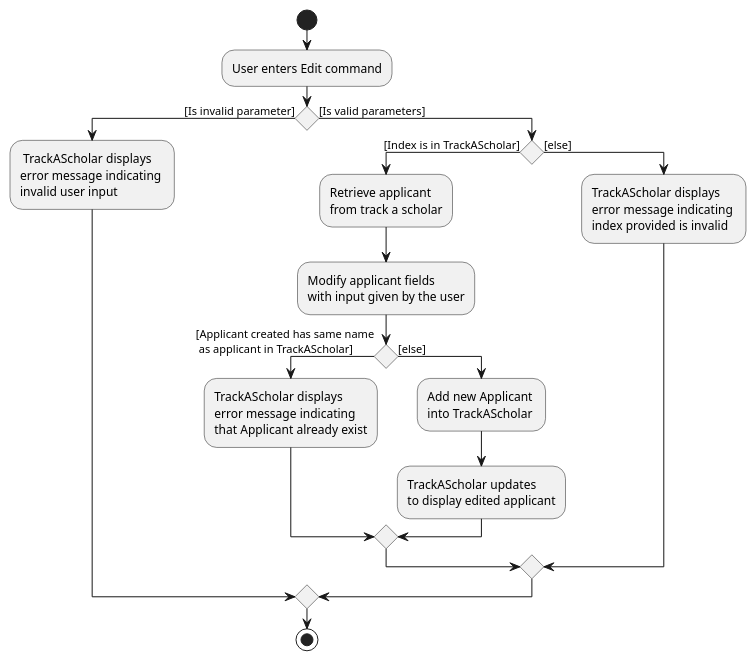
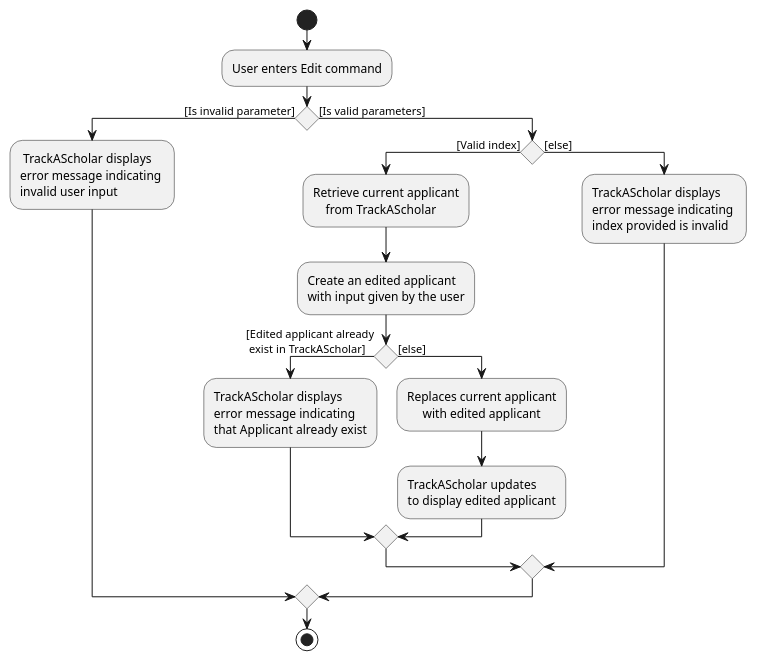
One commit to nus-cs2103-AY2223S1/tp changed the diagram in docs/diagrams/EditCommandActivityDiagram.puml. Above: the diagram before and after it, drawn with PlantUML. The commit also changed 19 other files, not shown here.

```diff
--- a/docs/diagrams/EditCommandActivityDiagram.puml
+++ b/docs/diagrams/EditCommandActivityDiagram.puml
@@ -1,31 +1,31 @@
 @startuml
 start
 :User enters Edit command;
 
 if () then ([Is invalid parameter])
     : TrackAScholar displays \nerror message indicating \ninvalid user input;
 
 else ([Is valid parameters])
 
-    if () then ([Index is in TrackAScholar])
-        :Retrieve applicant \nfrom track a scholar;
+    if () then ([Valid index])
+        :Retrieve current applicant\n    from TrackAScholar;
 
-        :Modify applicant fields \nwith input given by the user;
+        :Create an edited applicant \nwith input given by the user;
 
-        if () then ([Applicant created has same name\n as applicant in TrackAScholar])
+        if () then ([Edited applicant already\n exist in TrackAScholar])
             :TrackAScholar displays \nerror message indicating \nthat Applicant already exist;
 
         else ([else])
-            :Add new Applicant \ninto TrackAScholar;
+            :Replaces current applicant\n     with edited applicant;
 
             :TrackAScholar updates \nto display edited applicant;
         endif
 
     else ([else])
         :TrackAScholar displays \nerror message indicating \nindex provided is invalid;
 
     endif
 
 endif
 stop
 @enduml
```
